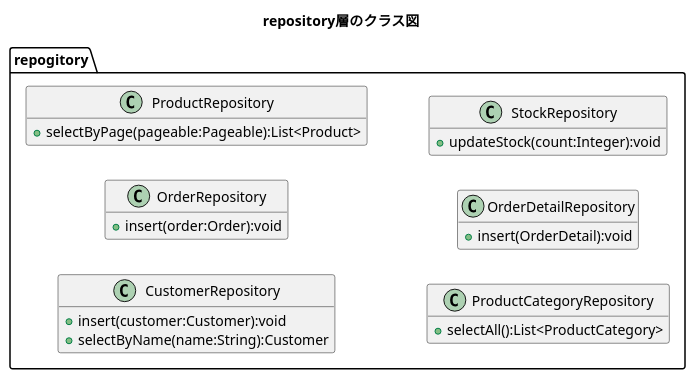
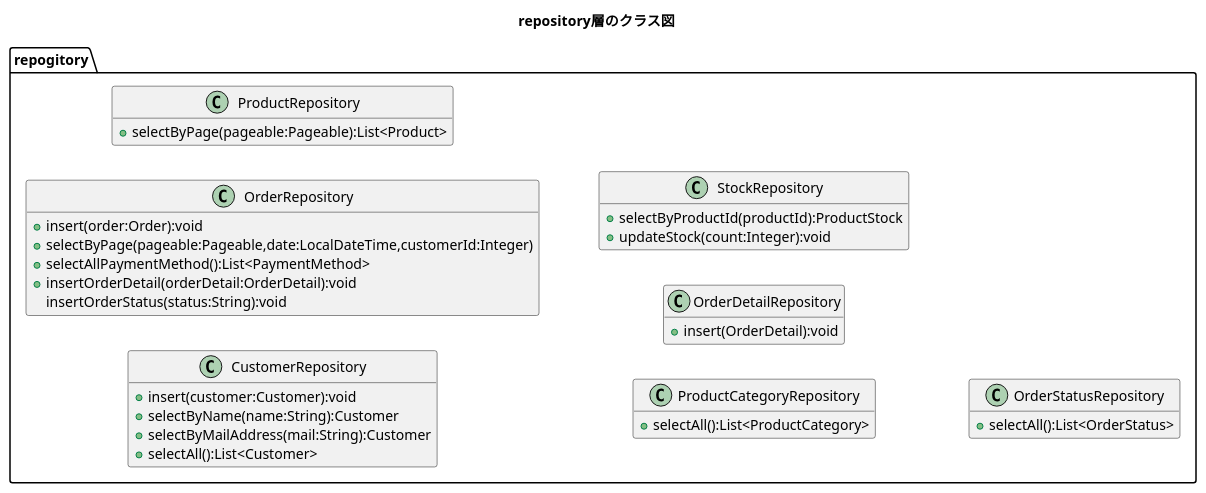
Before and after one commit to kanavii3333/ec-b: the diagram in plan/uml/class/front-end/repository.plantuml, drawn with PlantUML. The commit also changed 12 other files, not shown here.

Commit message:
次工程クラス図等

```diff
--- a/plan/uml/class/front-end/repository.plantuml
+++ b/plan/uml/class/front-end/repository.plantuml
@@ -1,32 +1,43 @@
 @startuml
 title repository層のクラス図
 hide empty members
 left to right direction
 
 package repogitory{
 class CustomerRepository{
         +insert(customer:Customer):void
         +selectByName(name:String):Customer
+        +selectByMailAddress(mail:String):Customer
+        +selectAll():List<Customer>
     }
 
     class OrderRepository{
         +insert(order:Order):void
+        +selectByPage(pageable:Pageable,date:LocalDateTime,customerId:Integer)
+        +selectAllPaymentMethod():List<PaymentMethod>
+        +insertOrderDetail(orderDetail:OrderDetail):void
+        insertOrderStatus(status:String):void
     }
 
     class ProductRepository{
         +selectByPage(pageable:Pageable):List<Product>
     }
 
     class ProductCategoryRepository{
         +selectAll():List<ProductCategory>
     }
 
     class OrderDetailRepository{
         +insert(OrderDetail):void
     }
     
     class StockRepository{
+        +selectByProductId(productId):ProductStock
         +updateStock(count:Integer):void
+    }
+
+    class OrderStatusRepository{
+        +selectAll():List<OrderStatus>
     }
 }
 @enduml
```
